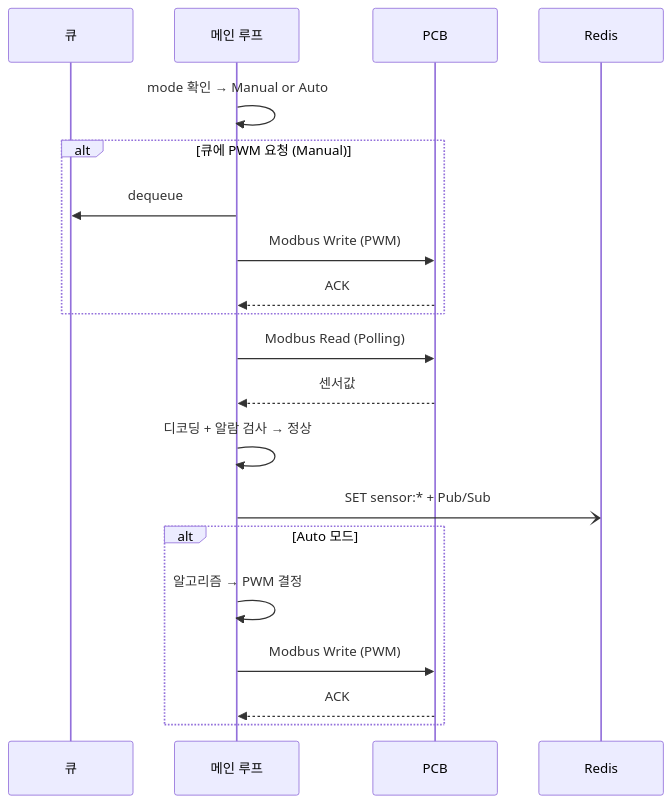
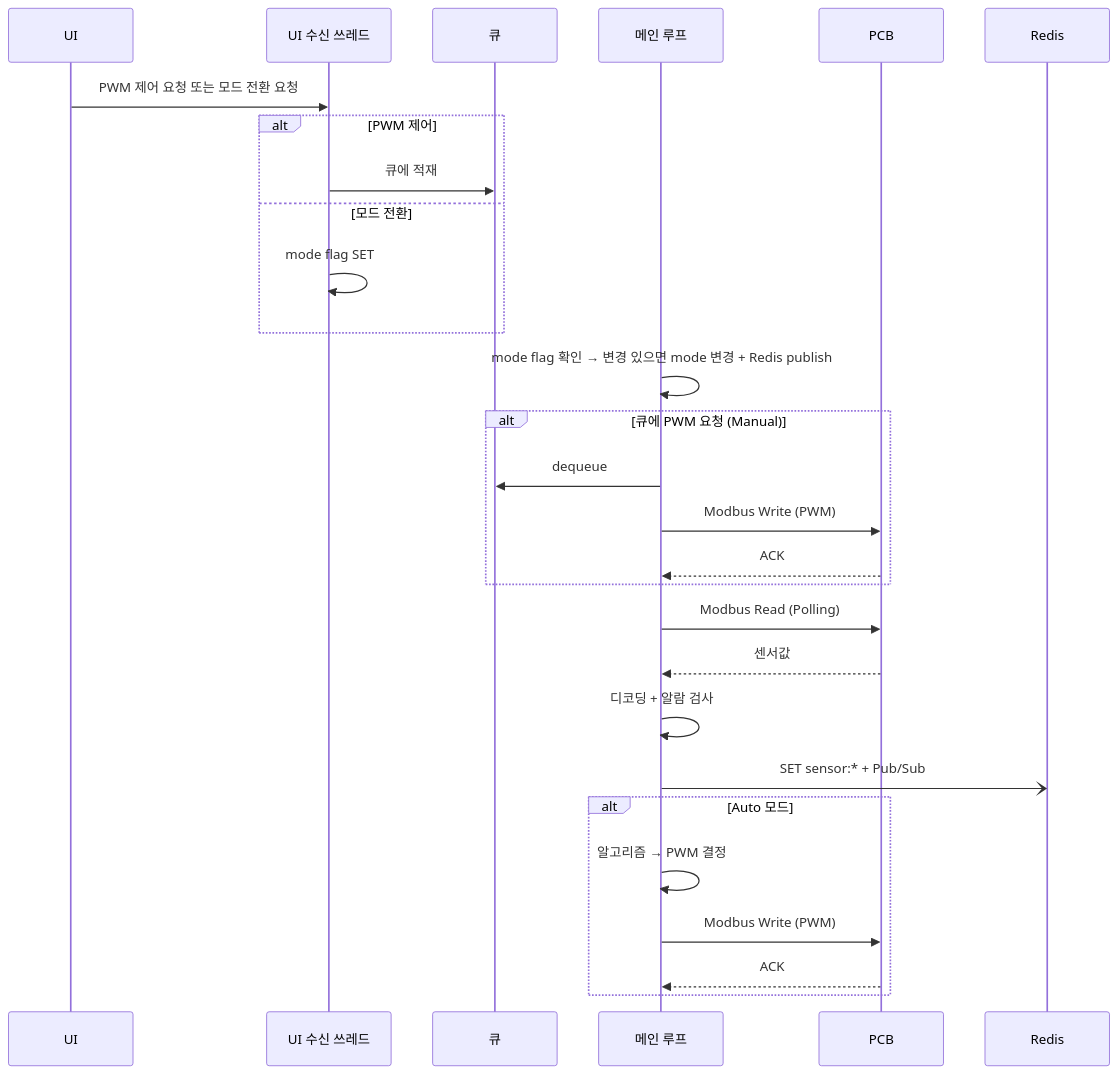
The first of 2 diagrams in docs/MCG.md (DEEPGadget/L2A_CDU_system), drawn with Mermaid before and after one commit. The commit also changed other lines of this file, not shown here.

````diff
--- a/docs/MCG.md
+++ b/docs/MCG.md
@@ -128,26 +120,35 @@
 ```mermaid
 sequenceDiagram
+    participant UI as UI
+    participant Listen as UI 수신 쓰레드
     participant Queue as 큐
     participant Main as 메인 루프
     participant PCB as PCB
     participant Redis as Redis
 
-    Main->>Main: mode 확인 → Manual or Auto
+    UI->>Listen: PWM 제어 요청 또는 모드 전환 요청
+    alt PWM 제어
+        Listen->>Queue: 큐에 적재
+    else 모드 전환
+        Listen->>Listen: mode flag SET
+    end
+
+    Main->>Main: mode flag 확인 → 변경 있으면 mode 변경 + Redis publish
 
     alt 큐에 PWM 요청 (Manual)
         Main->>Queue: dequeue
         Main->>PCB: Modbus Write (PWM)
         PCB-->>Main: ACK
     end
 
     Main->>PCB: Modbus Read (Polling)
     PCB-->>Main: 센서값
-    Main->>Main: 디코딩 + 알람 검사 → 정상
+    Main->>Main: 디코딩 + 알람 검사
     Main-)Redis: SET sensor:* + Pub/Sub
 
     alt Auto 모드
         Main->>Main: 알고리즘 → PWM 결정
         Main->>PCB: Modbus Write (PWM)
         PCB-->>Main: ACK
     end
 ```
````
